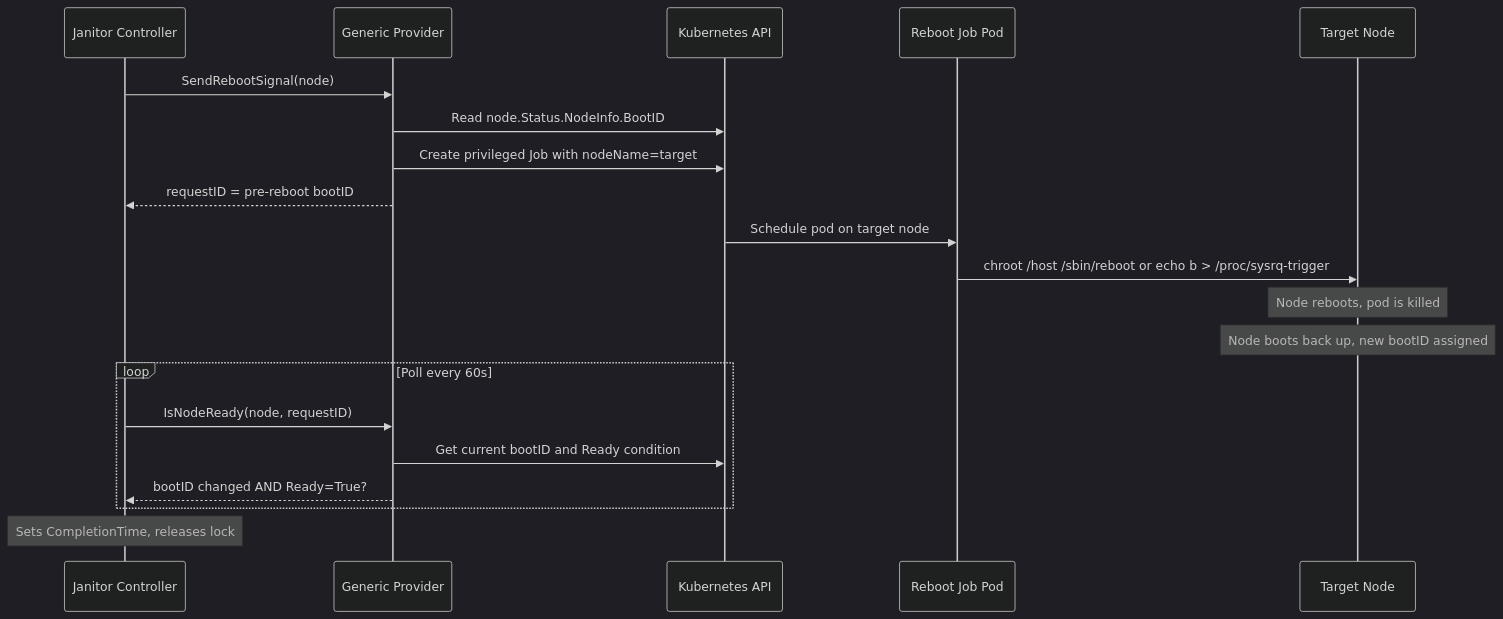
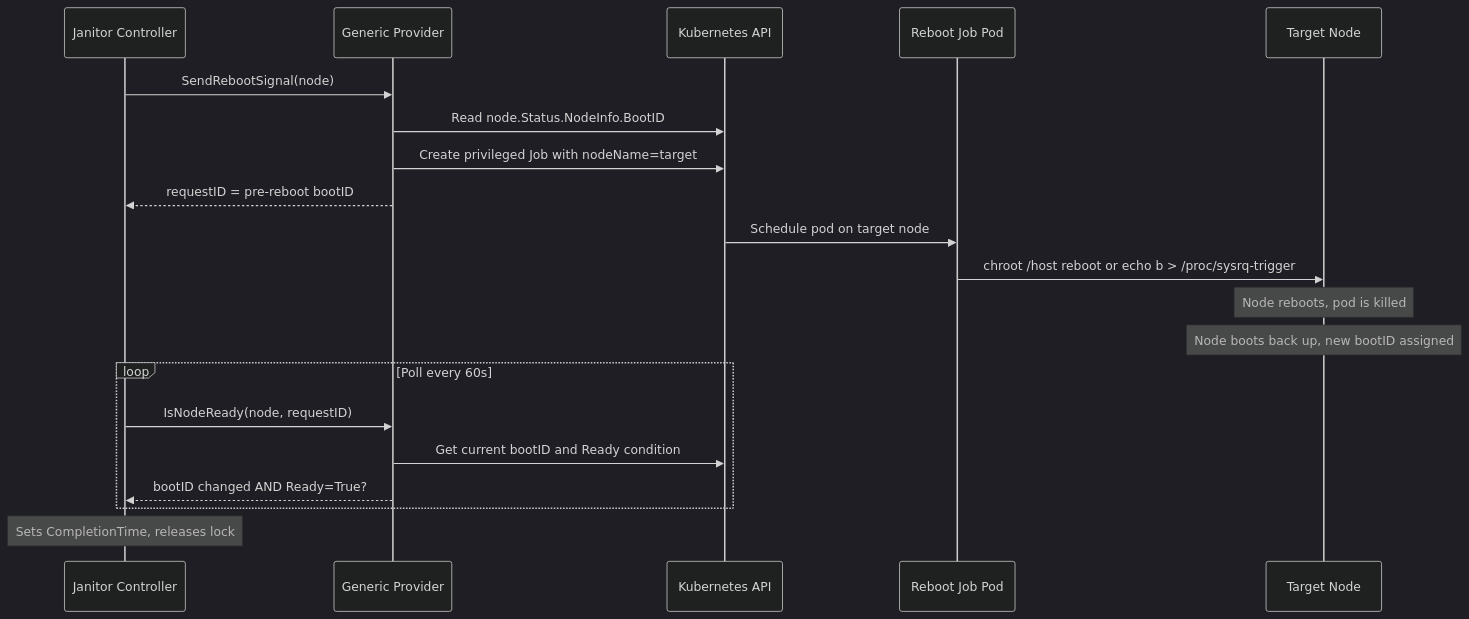
The third of 4 diagrams in docs/designs/028-generic-baremetal-reboot-provider.md (XRFXLP/NVSentinel), drawn with Mermaid (dark theme) before and after one commit. The commit also changed other lines of this file and 4 other files, not shown here.

````diff
--- a/docs/designs/028-generic-baremetal-reboot-provider.md
+++ b/docs/designs/028-generic-baremetal-reboot-provider.md
@@ -58,27 +58,27 @@
 ```mermaid
 sequenceDiagram
     participant JC as Janitor Controller
     participant GP as Generic Provider
     participant K8s as Kubernetes API
     participant Job as Reboot Job Pod
     participant Node as Target Node
 
     JC->>GP: SendRebootSignal(node)
     GP->>K8s: Read node.Status.NodeInfo.BootID
     GP->>K8s: Create privileged Job with nodeName=target
     GP-->>JC: requestID = pre-reboot bootID
 
     K8s->>Job: Schedule pod on target node
-    Job->>Node: chroot /host /sbin/reboot or echo b > /proc/sysrq-trigger
+    Job->>Node: chroot /host reboot or echo b > /proc/sysrq-trigger
     Note over Node: Node reboots, pod is killed
 
     Note over Node: Node boots back up, new bootID assigned
 
     loop Poll every 60s
         JC->>GP: IsNodeReady(node, requestID)
         GP->>K8s: Get current bootID and Ready condition
         GP-->>JC: bootID changed AND Ready=True?
     end
 
     Note over JC: Sets CompletionTime, releases lock
 ```
````
